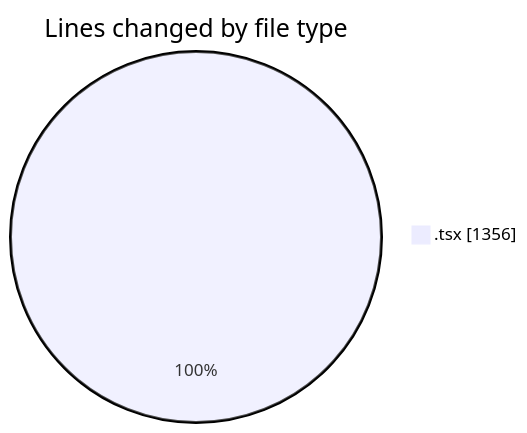
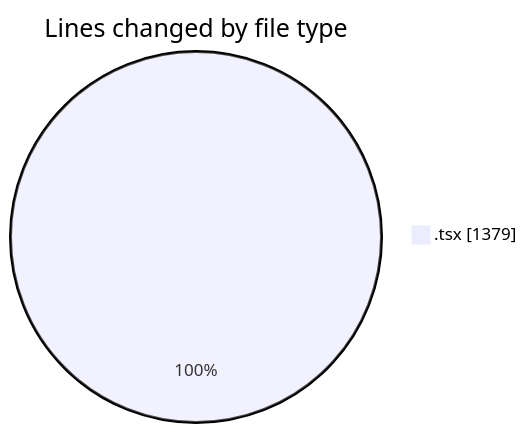
One commit to momahboobian/code-tracking changed the first of 2 diagrams in 2026-10-20/cda/README.md. Above: the diagram before and after it, drawn with Mermaid. The commit also changed other lines of this file and 1 other file, not shown here.

````diff
--- a/2026-10-20/cda/README.md
+++ b/2026-10-20/cda/README.md
@@ -23,5 +23,5 @@
 ```mermaid
 pie showData
 title Lines changed by file type
-".tsx" : 1356
+".tsx" : 1379
 ```
````
